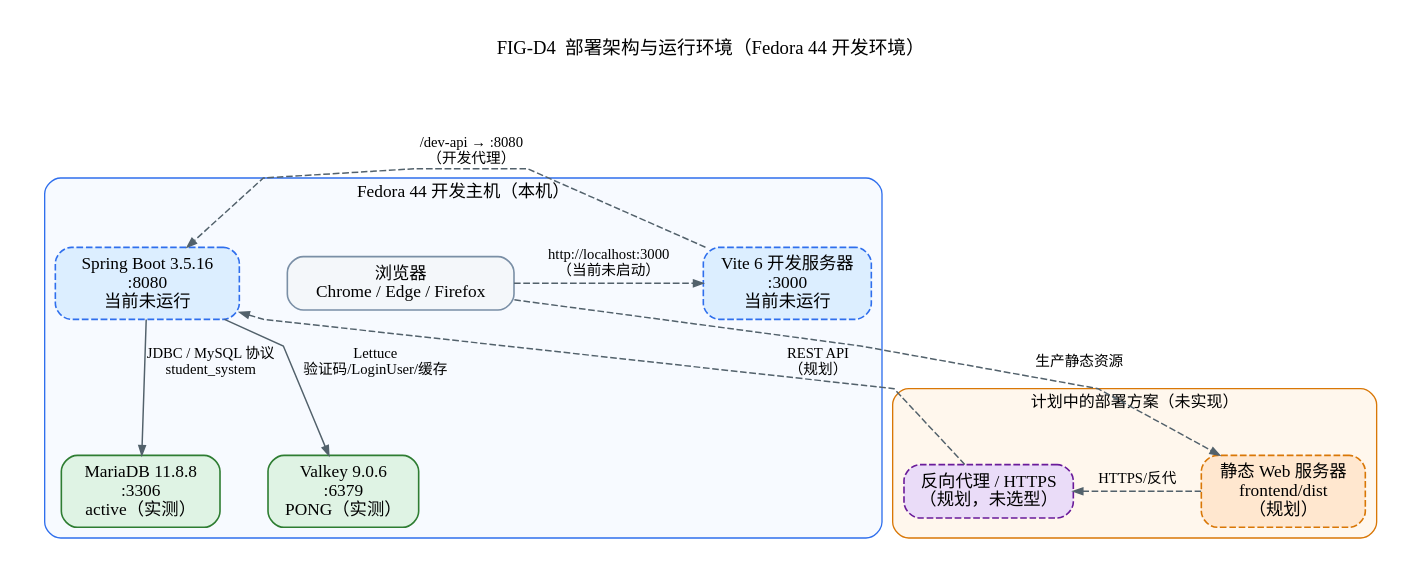
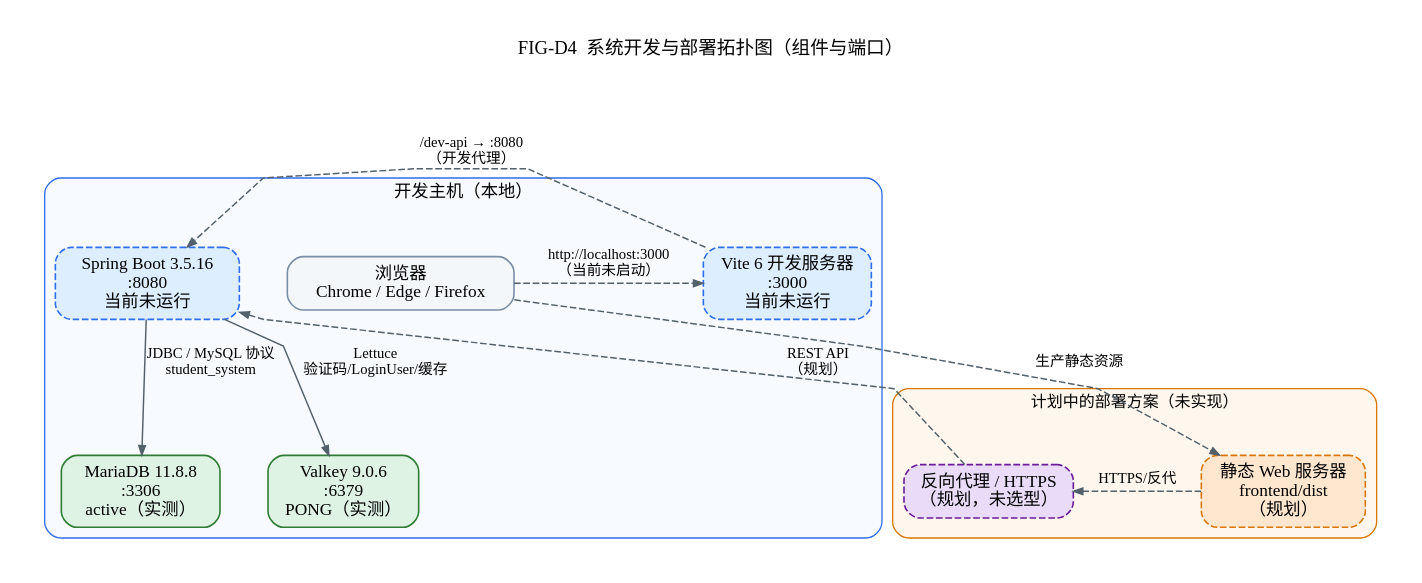
One commit to Creepppper/Student_System changed the diagram in docs/design/experiment02/diagrams/source/FIG-D4-部署架构与运行环境.dot. Above: the diagram before and after it, drawn with Graphviz. The commit also changed 83 other files, not shown here.

```diff
--- a/docs/design/experiment02/diagrams/source/FIG-D4-部署架构与运行环境.dot
+++ b/docs/design/experiment02/diagrams/source/FIG-D4-部署架构与运行环境.dot
@@ -1,33 +1,33 @@
 digraph D4 {
   graph [rankdir=TB, newrank=true, splines=polyline, nodesep=0.5, ranksep=0.55, pad=0.25,
          bgcolor="#FFFFFF", fontname="SimHei", fontsize=14, labelloc="t",
-         label="FIG-D4  部署架构与运行环境（Fedora 44 开发环境）"];
+         label="FIG-D4  系统开发与部署拓扑图（组件与端口）"];
   node [shape=box, style="rounded,filled", fontname="SimHei", fontsize=13, margin="0.16,0.08", penwidth=1.2];
   edge [fontname="SimHei", fontsize=11, arrowsize=0.7, penwidth=1.1, color="#52616B"];
 
   subgraph cluster_host {
-    label="Fedora 44 开发主机（本机）"; fontsize=13; color="#2F6FED"; style="rounded"; bgcolor="#F7FAFF";
+    label="开发主机（本地）"; fontsize=13; color="#2F6FED"; style="rounded"; bgcolor="#F7FAFF";
     browser [label="浏览器\nChrome / Edge / Firefox", fillcolor="#F4F7FA", color="#7A8FA6"];
     vite [label="Vite 6 开发服务器\n:3000\n当前未运行", fillcolor="#DCEEFF", color="#2F6FED", style="rounded,filled,dashed"];
     spring [label="Spring Boot 3.5.16\n:8080\n当前未运行", fillcolor="#DCEEFF", color="#2F6FED", style="rounded,filled,dashed"];
     mariadb [label="MariaDB 11.8.8\n:3306\nactive（实测）", fillcolor="#DFF3E4", color="#2E7D32"];
     valkey [label="Valkey 9.0.6\n:6379\nPONG（实测）", fillcolor="#DFF3E4", color="#2E7D32"];
   }
   subgraph cluster_planned {
     label="计划中的部署方案（未实现）"; fontsize=12; color="#D97706"; style="rounded"; bgcolor="#FFF7ED";
     web [label="静态 Web 服务器\nfrontend/dist\n（规划）", fillcolor="#FFE7CF", color="#D97706", style="rounded,filled,dashed"];
     reverse [label="反向代理 / HTTPS\n（规划，未选型）", fillcolor="#EADCF8", color="#6A1B9A", style="rounded,filled,dashed"];
   }
 
   browser -> vite [label="http://localhost:3000\n（当前未启动）", style=dashed];
   vite -> spring [label="/dev-api → :8080\n（开发代理）", style=dashed];
   spring -> mariadb [label="JDBC / MySQL 协议\nstudent_system"];
   spring -> valkey [label="Lettuce\n验证码/LoginUser/缓存"];
   browser -> web [label="生产静态资源", style=dashed];
   web -> reverse [label="HTTPS/反代", style=dashed];
   reverse -> spring [label="REST API\n（规划）", style=dashed];
 
   { rank=same; browser; vite; spring; }
   { rank=same; mariadb; valkey; }
   { rank=same; web; reverse; }
 }
```
